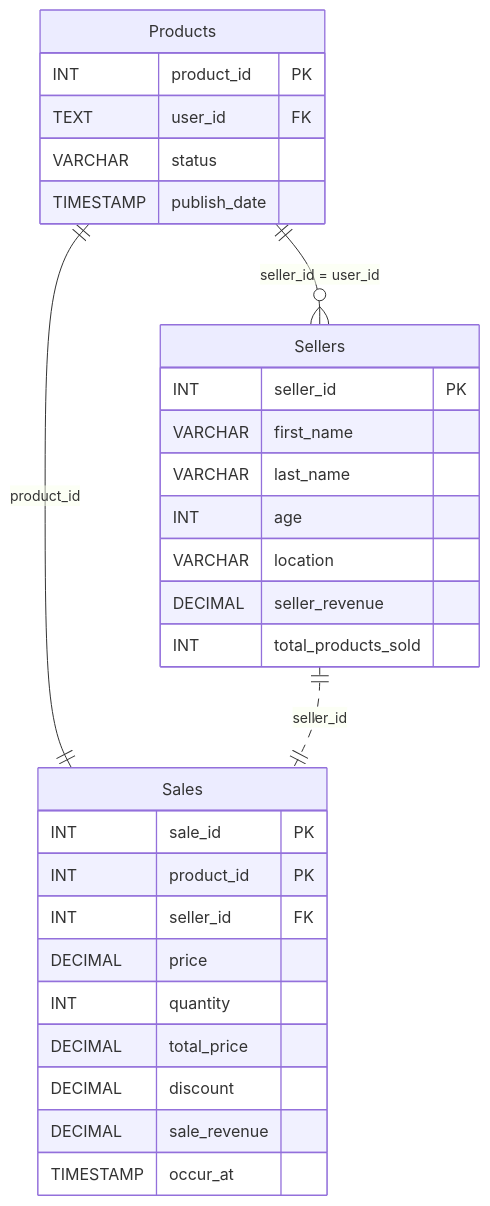
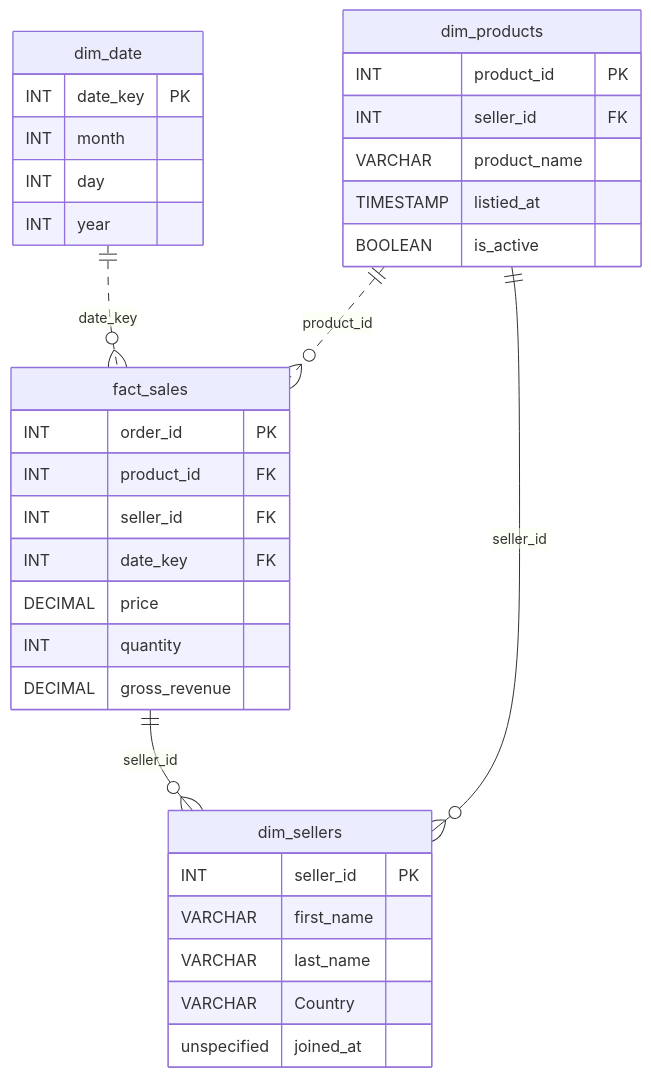
One commit to yousefashrafsaleh91/datadriven-practice changed the diagram in practice/data_modeling/a-number-for-the-seller/README.md. Above: the diagram before and after it, drawn with Mermaid. The commit also changed 2 other files, not shown here.

Commit message:
Solve a-number-for-the-seller

````diff
--- a/practice/data_modeling/a-number-for-the-seller/README.md
+++ b/practice/data_modeling/a-number-for-the-seller/README.md
@@ -18,32 +18,36 @@
 ```mermaid
 erDiagram
-    Sellers {
+    fact_sales {
+        INT order_id PK
+        INT product_id FK
+        INT seller_id FK
+        INT date_key FK
+        DECIMAL price
+        INT quantity
+        DECIMAL gross_revenue
+    }
+    dim_date {
+        INT date_key PK
+        INT month
+        INT day
+        INT year
+    }
+    dim_products {
+        INT product_id PK
+        INT seller_id FK
+        VARCHAR product_name
+        TIMESTAMP listied_at
+        BOOLEAN is_active
+    }
+    dim_sellers {
         INT seller_id PK
         VARCHAR first_name
         VARCHAR last_name
-        INT age
-        VARCHAR location
-        DECIMAL seller_revenue
-        INT total_products_sold
+        VARCHAR Country
+        unspecified joined_at
     }
-    Products {
-        INT product_id PK
-        TEXT user_id FK
-        VARCHAR status
-        TIMESTAMP publish_date
-    }
-    Sales {
-        INT sale_id PK
-        INT product_id PK
-        INT seller_id FK
-        DECIMAL price
-        INT quantity
-        DECIMAL total_price
-        DECIMAL discount
-        DECIMAL sale_revenue
-        TIMESTAMP occur_at
-    }
-    Products only one to zero or more Sellers : "seller_id = user_id"
-    Products only one to only one Sales : "product_id"
-    Sellers only one optionally to only one Sales : "seller_id"
+    dim_date only one optionally to zero or more fact_sales : "date_key"
+    fact_sales only one to zero or more dim_sellers : "seller_id"
+    dim_products only one to zero or more dim_sellers : "seller_id"
+    dim_products only one optionally to zero or more fact_sales : "product_id"
 ```
````
